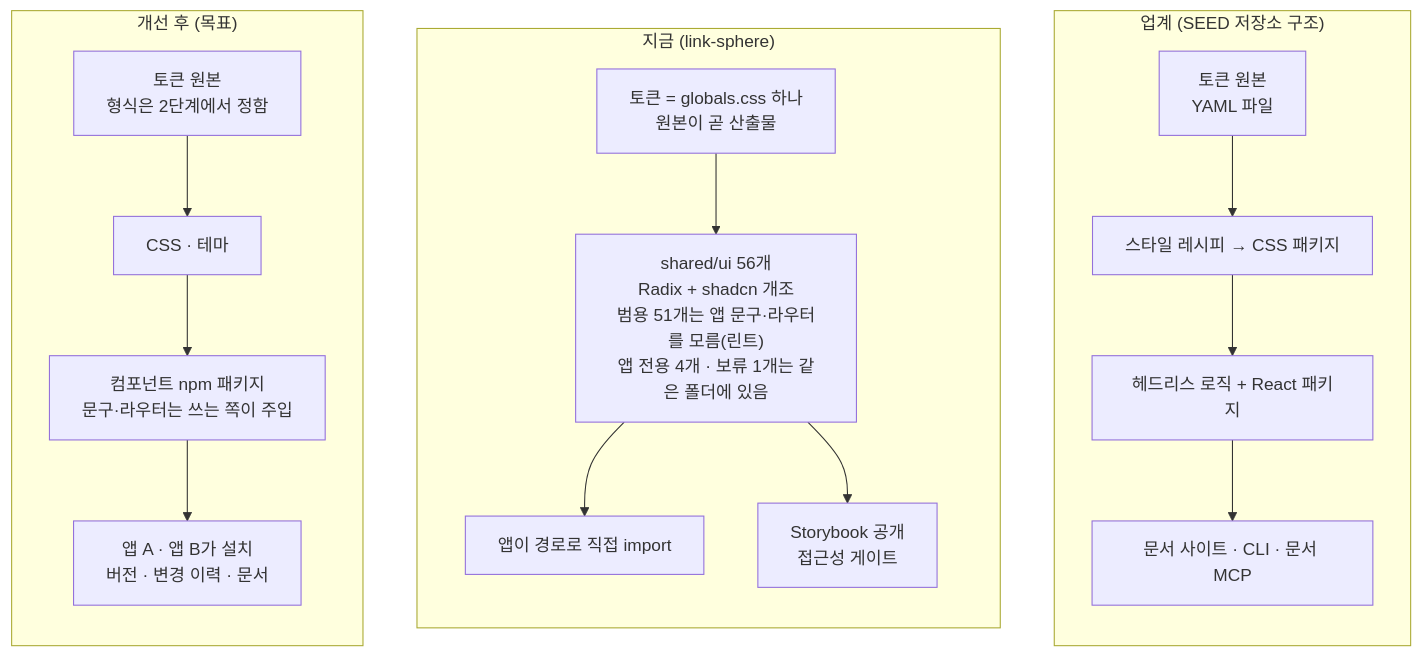
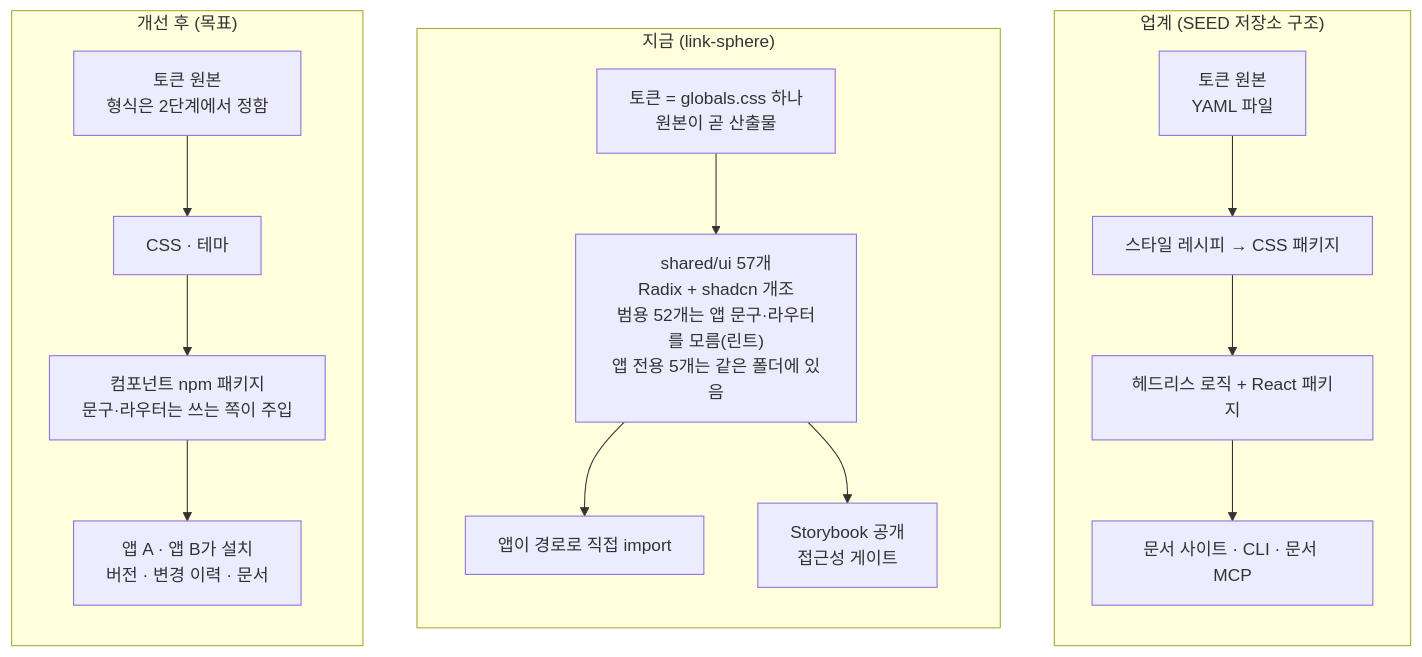
Before and after one commit to BAECHAN/link-sphere_FE_NEW: the diagram in docs/DESIGN-SYSTEM-ROADMAP.md, drawn with Mermaid. The commit also changed other lines of this file and 15 other files, not shown here.

````diff
--- a/docs/DESIGN-SYSTEM-ROADMAP.md
+++ b/docs/DESIGN-SYSTEM-ROADMAP.md
@@ -51,21 +51,21 @@
 ```mermaid
 flowchart TB
     subgraph std ["업계 (SEED 저장소 구조)"]
         direction TB
         S1["토큰 원본<br/>YAML 파일"] --> S2["스타일 레시피 → CSS 패키지"]
         S2 --> S3["헤드리스 로직 + React 패키지"]
         S3 --> S4["문서 사이트 · CLI · 문서 MCP"]
     end
     subgraph now ["지금 (link-sphere)"]
         direction TB
-        N1["토큰 = globals.css 하나<br/>원본이 곧 산출물"] --> N2["shared/ui 56개<br/>Radix + shadcn 개조<br/>범용 51개는 앱 문구·라우터를 모름(린트)<br/>앱 전용 4개 · 보류 1개는 같은 폴더에 있음"]
+        N1["토큰 = globals.css 하나<br/>원본이 곧 산출물"] --> N2["shared/ui 57개<br/>Radix + shadcn 개조<br/>범용 52개는 앱 문구·라우터를 모름(린트)<br/>앱 전용 5개는 같은 폴더에 있음"]
         N2 --> N3["앱이 경로로 직접 import"]
         N2 --> N4["Storybook 공개<br/>접근성 게이트"]
     end
     subgraph after ["개선 후 (목표)"]
         direction TB
         A1["토큰 원본<br/>형식은 2단계에서 정함"] --> A2["CSS · 테마"]
         A2 --> A3["컴포넌트 npm 패키지<br/>문구·라우터는 쓰는 쪽이 주입"]
         A3 --> A4["앱 A · 앱 B가 설치<br/>버전 · 변경 이력 · 문서"]
     end
 ```
````
